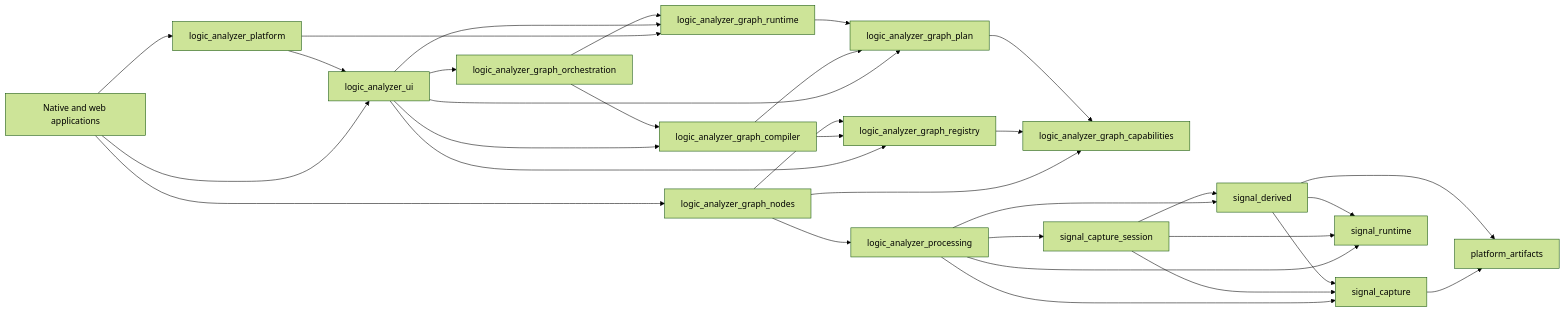
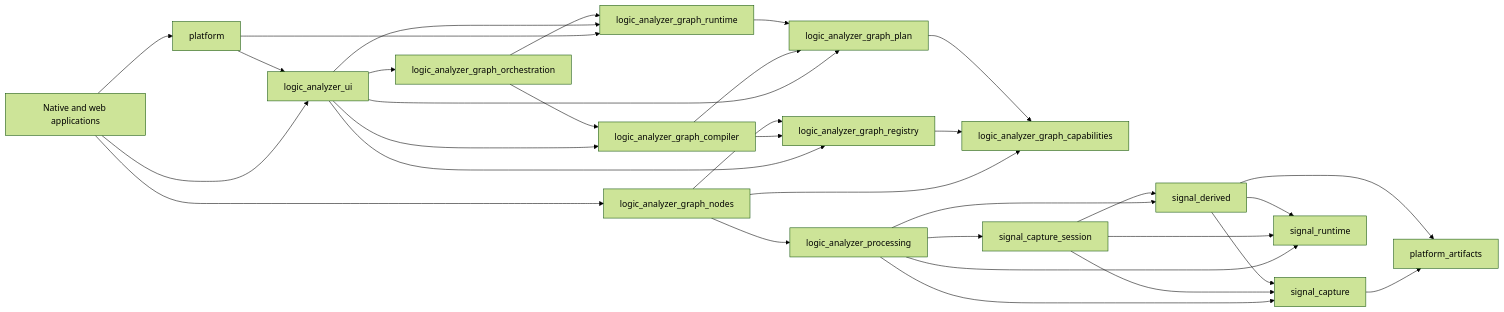
One commit to rcaelers/dsl changed the diagram in docs/architecture/graph_composition.md. Above: the diagram before and after it, drawn with Mermaid (forest theme). The commit also changed other lines of this file and 53 other files, not shown here.

````diff
--- a/docs/architecture/graph_composition.md
+++ b/docs/architecture/graph_composition.md
@@ -31,38 +31,38 @@
 ```mermaid
 flowchart LR
-    Apps[Native and web applications] --> Platform[logic_analyzer_platform]
+    Apps[Native and web applications] --> Platform[platform]
     Apps --> UI[logic_analyzer_ui]
     Apps --> Nodes[logic_analyzer_graph_nodes]
     Platform --> UI
     Platform --> Runtime[logic_analyzer_graph_runtime]
 
     UI --> Compiler[logic_analyzer_graph_compiler]
     UI --> Runtime
     UI --> Orchestration[logic_analyzer_graph_orchestration]
     UI --> Registry[logic_analyzer_graph_registry]
     UI --> Plan[logic_analyzer_graph_plan]
 
     Orchestration --> Compiler
     Orchestration --> Runtime
     Compiler --> Registry
     Compiler --> Plan
     Runtime --> Plan
 
     Nodes --> Registry
     Nodes --> Capabilities[logic_analyzer_graph_capabilities]
     Nodes --> Processing[logic_analyzer_processing]
     Registry --> Capabilities
     Plan --> Capabilities
 
     Processing --> Session[signal_capture_session]
     Processing --> Capture[signal_capture]
     Processing --> Derived[signal_derived]
     Processing --> Stream[signal_runtime]
     Session --> Capture
     Session --> Derived
     Session --> Stream
     Capture --> Artifacts[platform_artifacts]
     Derived --> Artifacts
     Derived --> Capture
     Derived --> Stream
 ```
````
